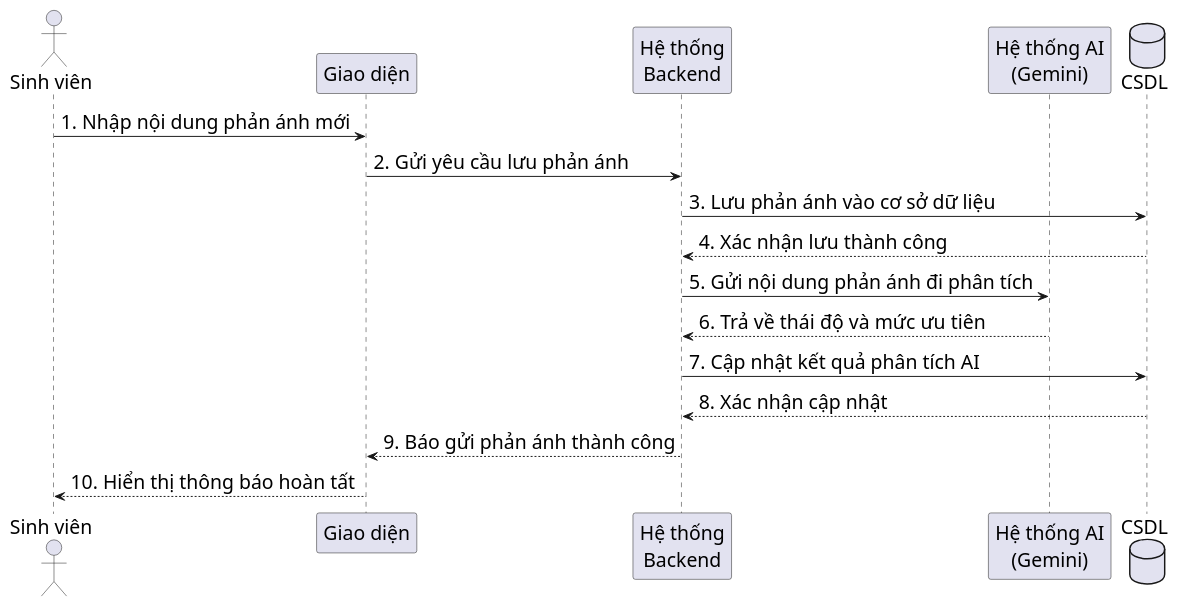
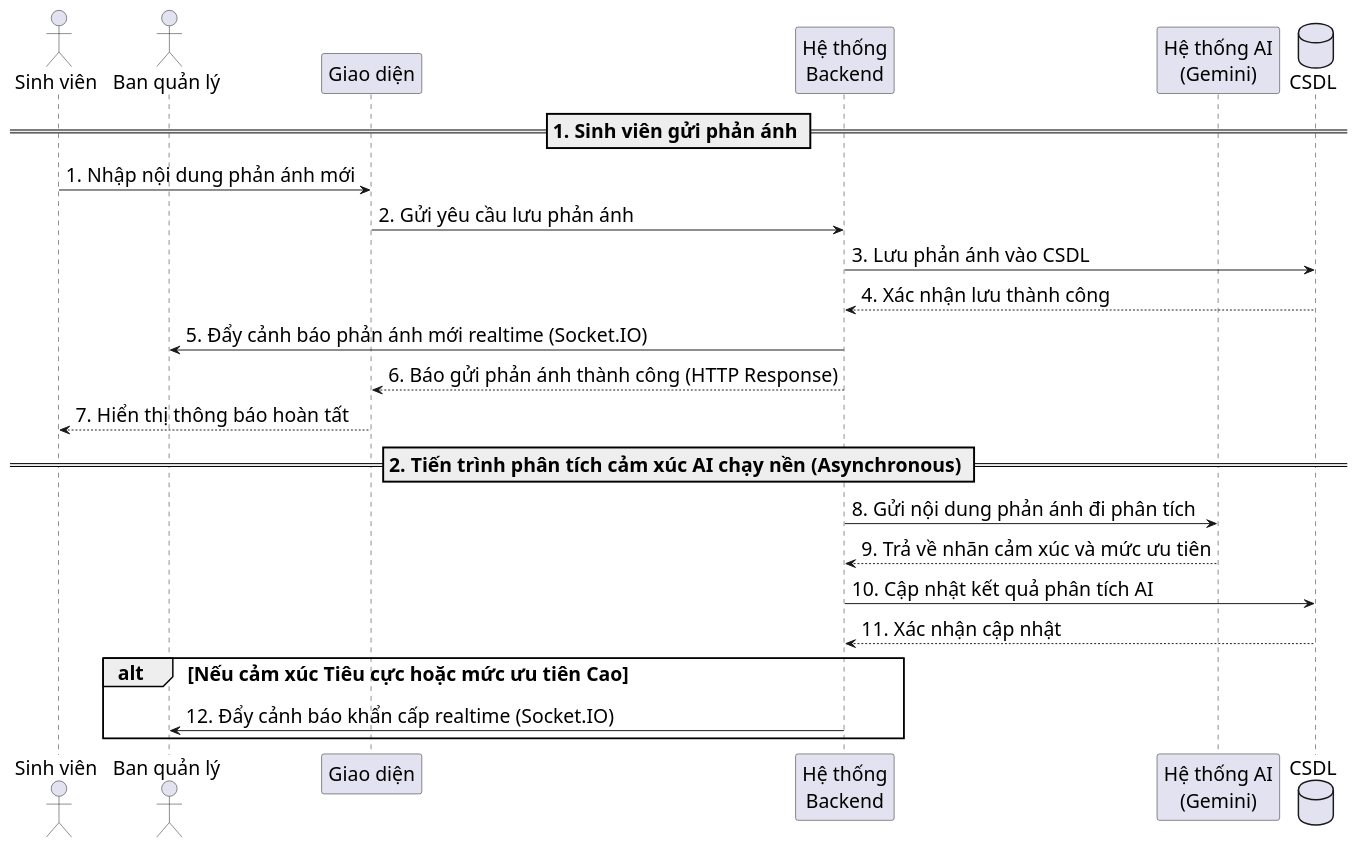
Before and after one commit to s0nbuildtech287/dormitory-frontend: the diagram in diagrams/nhomphananh/feedback_create_ai_sequence.puml, drawn with PlantUML. The commit also changed 2 other files, not shown here.

```diff
--- a/diagrams/nhomphananh/feedback_create_ai_sequence.puml
+++ b/diagrams/nhomphananh/feedback_create_ai_sequence.puml
@@ -1,22 +1,30 @@
 @startuml "Feedback Create AI Sequence"
 skinparam defaultFontSize 20
 skinparam defaultFontName "Times New Roman"
 skinparam sequenceMessageSize 20
 
 actor "Sinh viên" as Student
+actor "Ban quản lý" as Admin
 participant "Giao diện" as FE
 participant "Hệ thống\nBackend" as BE
 participant "Hệ thống AI\n(Gemini)" as Gemini
 database "CSDL" as DB
 
+== 1. Sinh viên gửi phản ánh ==
 Student -> FE: 1. Nhập nội dung phản ánh mới
 FE -> BE: 2. Gửi yêu cầu lưu phản ánh
-BE -> DB: 3. Lưu phản ánh vào cơ sở dữ liệu
+BE -> DB: 3. Lưu phản ánh vào CSDL
 DB --> BE: 4. Xác nhận lưu thành công
-BE -> Gemini: 5. Gửi nội dung phản ánh đi phân tích
-Gemini --> BE: 6. Trả về thái độ và mức ưu tiên
-BE -> DB: 7. Cập nhật kết quả phân tích AI
-DB --> BE: 8. Xác nhận cập nhật
-BE --> FE: 9. Báo gửi phản ánh thành công
-FE --> Student: 10. Hiển thị thông báo hoàn tất
+BE -> Admin: 5. Đẩy cảnh báo phản ánh mới realtime (Socket.IO)
+BE --> FE: 6. Báo gửi phản ánh thành công (HTTP Response)
+FE --> Student: 7. Hiển thị thông báo hoàn tất
+
+== 2. Tiến trình phân tích cảm xúc AI chạy nền (Asynchronous) ==
+BE -> Gemini: 8. Gửi nội dung phản ánh đi phân tích
+Gemini --> BE: 9. Trả về nhãn cảm xúc và mức ưu tiên
+BE -> DB: 10. Cập nhật kết quả phân tích AI
+DB --> BE: 11. Xác nhận cập nhật
+alt Nếu cảm xúc Tiêu cực hoặc mức ưu tiên Cao
+  BE -> Admin: 12. Đẩy cảnh báo khẩn cấp realtime (Socket.IO)
+end
 @enduml
```
